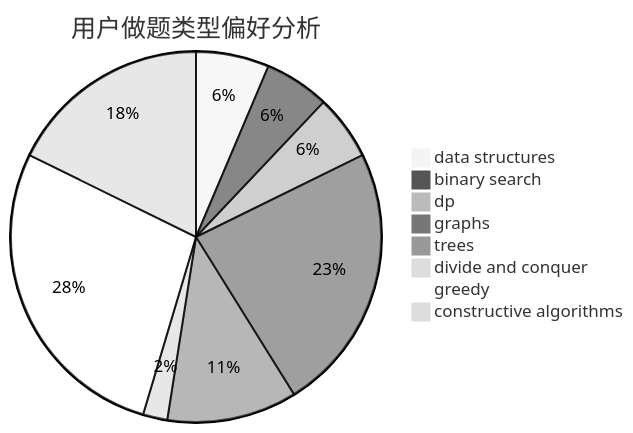
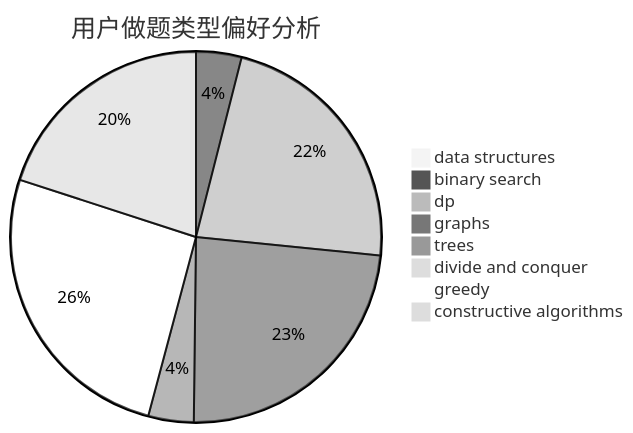
One commit to sherpahu/cfrs.github.io changed the second of 3 diagrams in docs/user/u2211.md. Above: the diagram before and after it, drawn with Mermaid (neutral theme). The commit also changed other lines of this file and 2770 other files, not shown here.

````diff
--- a/docs/user/u2211.md
+++ b/docs/user/u2211.md
@@ -23,11 +23,11 @@
 ```mermaid
 pie title 用户做题类型偏好分析
-    "data structures" :  9
-    "binary search" :  8
-    "dp" :  8
-    "graphs" :  33
-    "trees" :  16
-    "divide and conquer" :  3
-    "greedy" :  39
-    "constructive algorithms" :  25
+    "data structures" :  5
+    "binary search" :  21
+    "dp" :  120
+    "graphs" :  125
+    "trees" :  21
+    "divide and conquer" :  0
+    "greedy" :  137
+    "constructive algorithms" :  106
 ```
````
